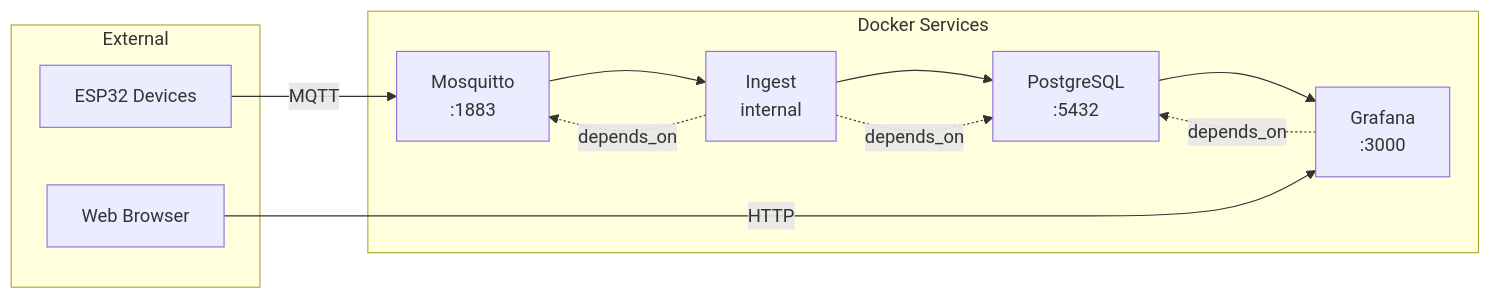
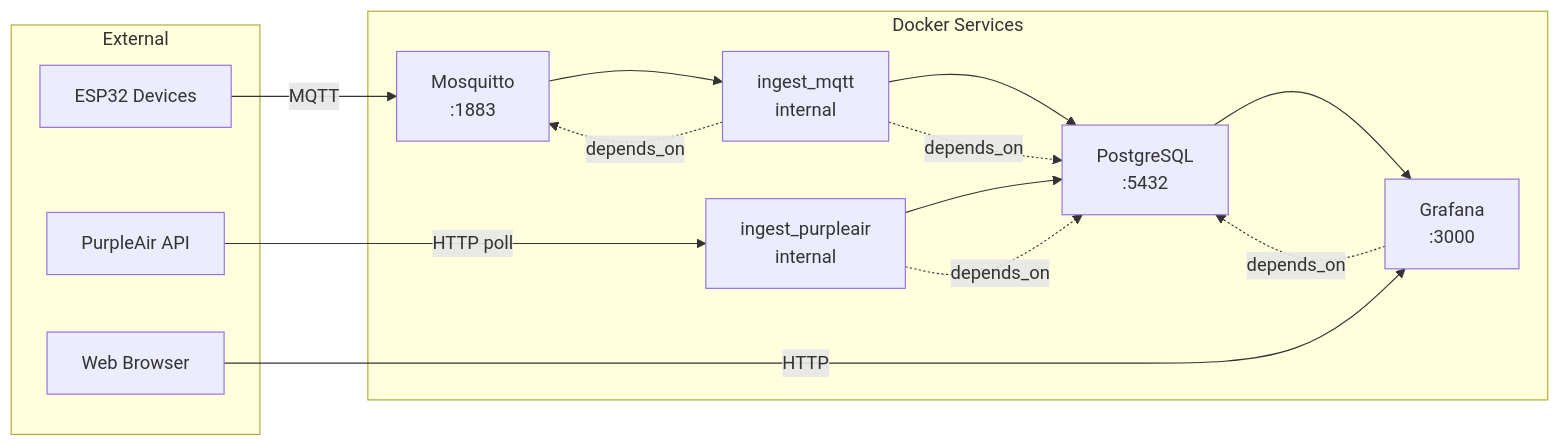
Diagram 11 of 21 in docs/architecture.md (kuvychko/env_monitoring), drawn with Mermaid before and after one commit. The commit also changed other lines of this file and 13 other files, not shown here.

Commit message:
PurpleAir added

````diff
--- a/docs/architecture.md
+++ b/docs/architecture.md
@@ -349,24 +368,29 @@
 ```mermaid
 flowchart LR
     subgraph External["External"]
         ESP[ESP32 Devices]
+        PA_API[PurpleAir API]
         USER[Web Browser]
     end
 
     subgraph Services["Docker Services"]
         MOSQ[Mosquitto<br/>:1883]
         PG[PostgreSQL<br/>:5432]
-        INGEST[Ingest<br/>internal]
+        INGEST[ingest_mqtt<br/>internal]
+        PAINGEST[ingest_purpleair<br/>internal]
         GRAF[Grafana<br/>:3000]
     end
 
     ESP -->|MQTT| MOSQ
     MOSQ --> INGEST
     INGEST --> PG
+    PA_API -->|HTTP poll| PAINGEST
+    PAINGEST --> PG
     PG --> GRAF
     USER -->|HTTP| GRAF
 
     INGEST -.->|depends_on| MOSQ
     INGEST -.->|depends_on| PG
+    PAINGEST -.->|depends_on| PG
     GRAF -.->|depends_on| PG
 ```
````
